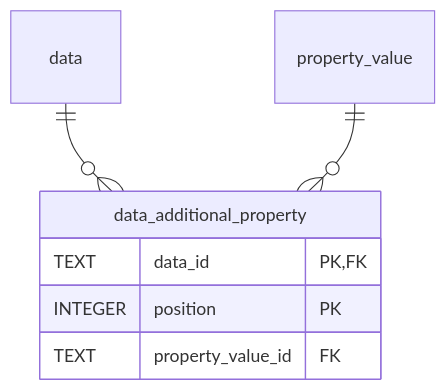
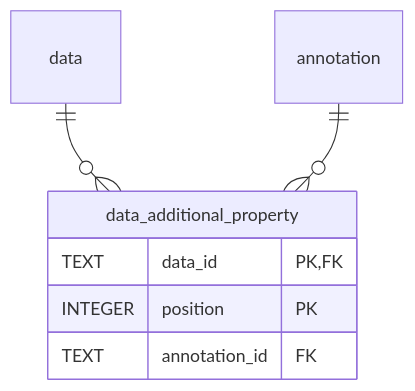
Diagram 18 of 18 in schemas/sql/design.md (HLWeil/ProcessCore), drawn with Mermaid before and after one commit. The commit also changed other lines of this file and 134 other files, not shown here.

````diff
--- a/schemas/sql/design.md
+++ b/schemas/sql/design.md
@@ -523,10 +523,10 @@
 ```mermaid
 erDiagram
     data_additional_property {
         TEXT data_id PK,FK
         INTEGER position PK
-        TEXT property_value_id FK
+        TEXT annotation_id FK
     }
     data ||--o{ data_additional_property : ""
-    property_value ||--o{ data_additional_property : ""
+    annotation ||--o{ data_additional_property : ""
 ```
````
